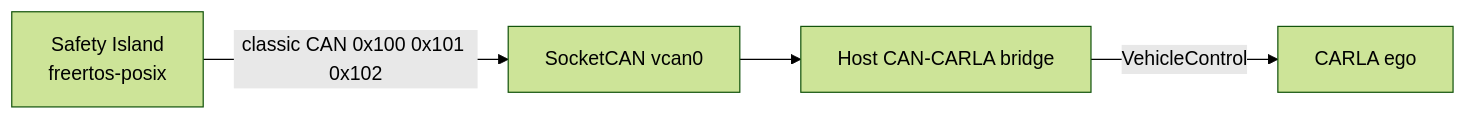
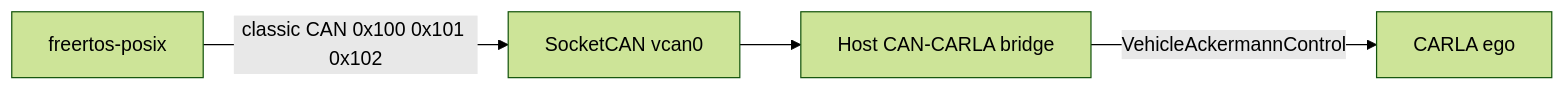
Before and after one commit to autowarefoundation/autoware-safety-island: the diagram in documentation/design/can_carla_integration.rst, drawn with Mermaid (forest theme). The commit also changed other lines of this file and 3 other files, not shown here.

First line of the commit message:
docs: add CAN/CARLA dual-runtime implementation plan

```diff
--- a/documentation/design/can_carla_integration.rst
+++ b/documentation/design/can_carla_integration.rst
@@ -18,11 +20,11 @@
 .. mermaid::
 
    graph LR
-       SI[Safety Island<br/>freertos-posix]
+       POSIX[freertos-posix]
        VCAN[SocketCAN vcan0]
        Bridge[Host CAN-CARLA bridge]
        CARLA[CARLA ego]
 
-       SI -->|classic CAN 0x100 0x101 0x102| VCAN
+       POSIX -->|classic CAN 0x100 0x101 0x102| VCAN
        VCAN --> Bridge
-       Bridge -->|VehicleControl| CARLA
+       Bridge -->|VehicleAckermannControl| CARLA
```
